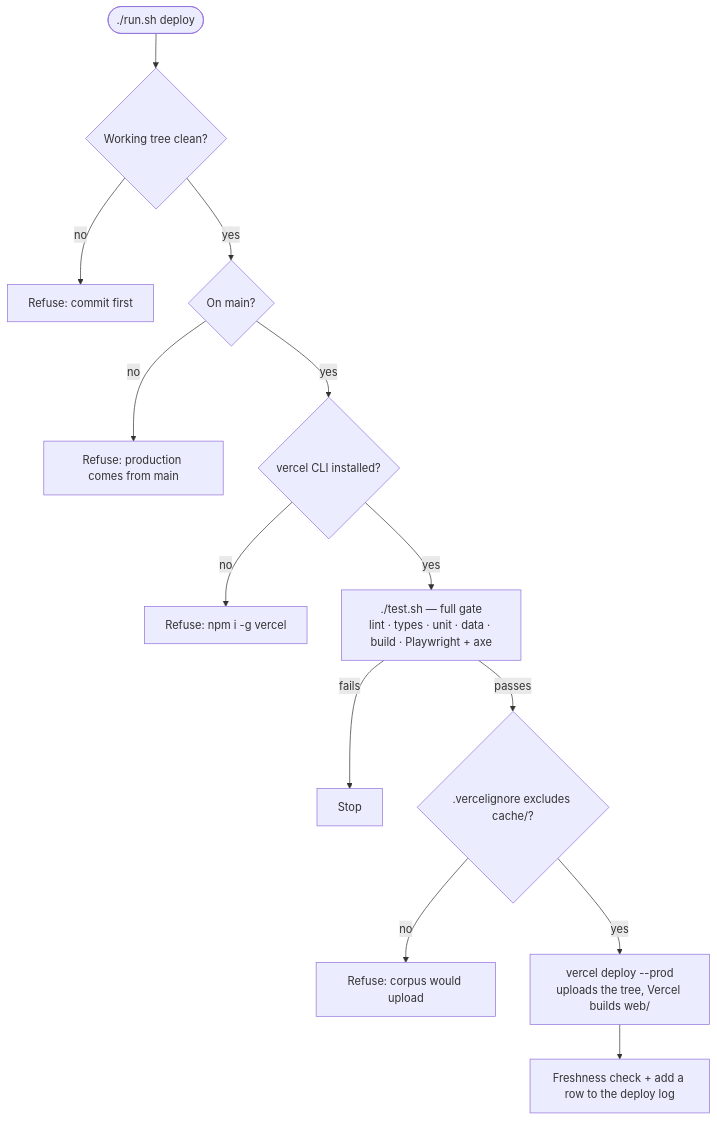
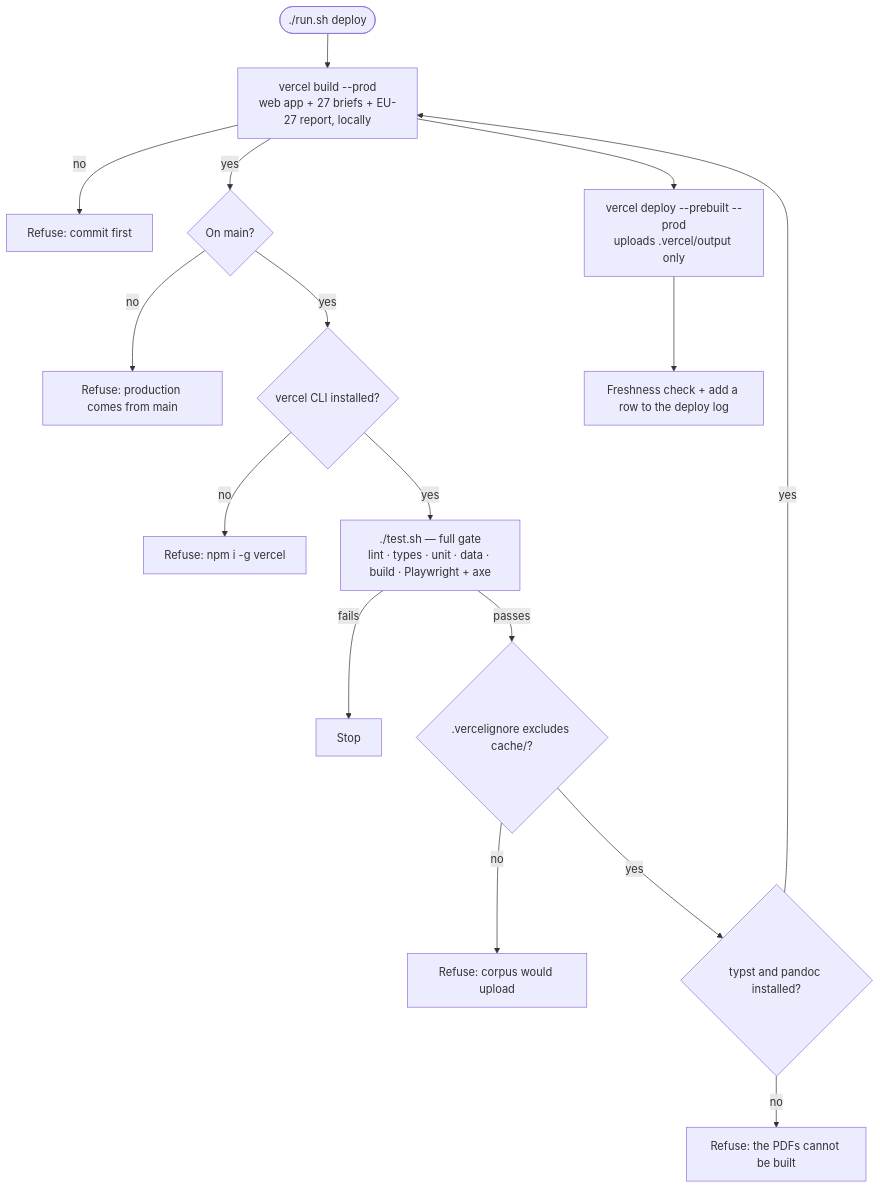
Before and after one commit to EU27-data-sovereignty/eu27-data-sovereignty: the diagram in DEPLOYMENT.md, drawn with Mermaid. The commit also changed other lines of this file and 9 other files, not shown here.

First line of the commit message:
Add the EU-27 country report and deploy prebuilt so the PDFs ship

````diff
--- a/DEPLOYMENT.md
+++ b/DEPLOYMENT.md
@@ -41,15 +42,18 @@
 ```mermaid
 flowchart TD
     A([./run.sh deploy]) --> B{Working tree clean?}
     B -- no --> X1[Refuse: commit first]
     B -- yes --> C{On main?}
     C -- no --> X2[Refuse: production comes from main]
     C -- yes --> D{vercel CLI installed?}
     D -- no --> X3[Refuse: npm i -g vercel]
     D -- yes --> E["./test.sh — full gate<br/>lint · types · unit · data · build · Playwright + axe"]
     E -- fails --> X4[Stop]
     E -- passes --> F{".vercelignore excludes cache/?"}
     F -- no --> X5[Refuse: corpus would upload]
-    F -- yes --> G["vercel deploy --prod<br/>uploads the tree, Vercel builds web/"]
+    F -- yes --> T{"typst and pandoc installed?"}
+    T -- no --> X6[Refuse: the PDFs cannot be built]
+    T -- yes --> B["vercel build --prod<br/>web app + 27 briefs + EU-27 report, locally"]
+    B --> G["vercel deploy --prebuilt --prod<br/>uploads .vercel/output only"]
     G --> H[Freshness check + add a row to the deploy log]
 ```
````
